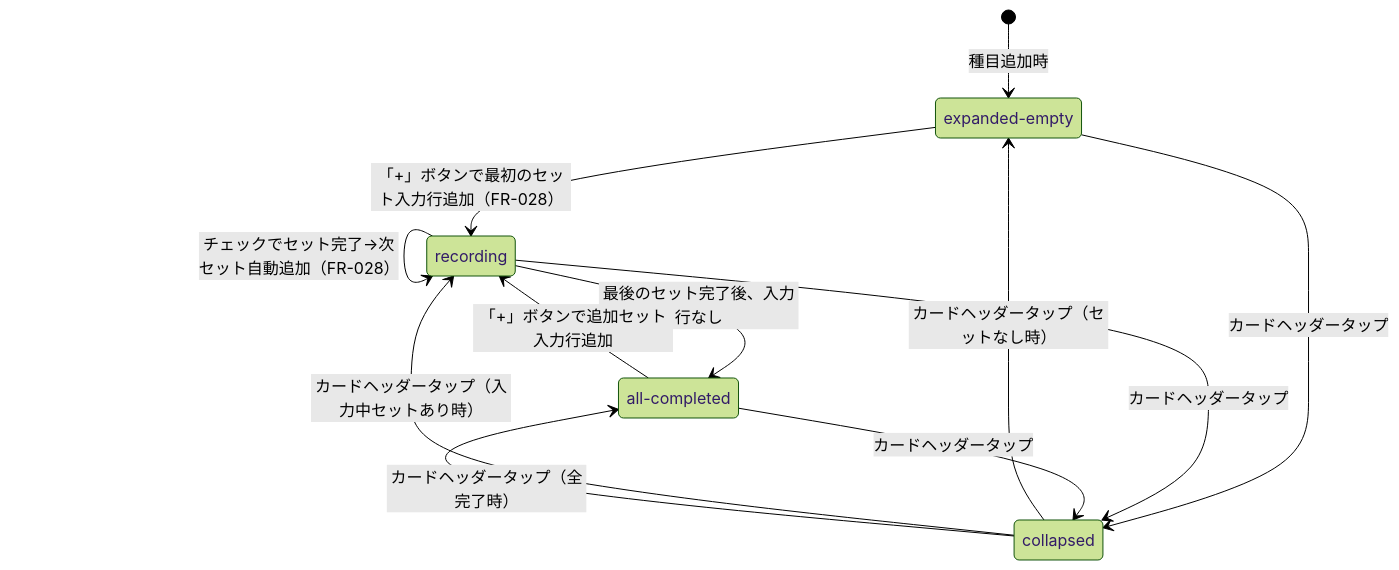
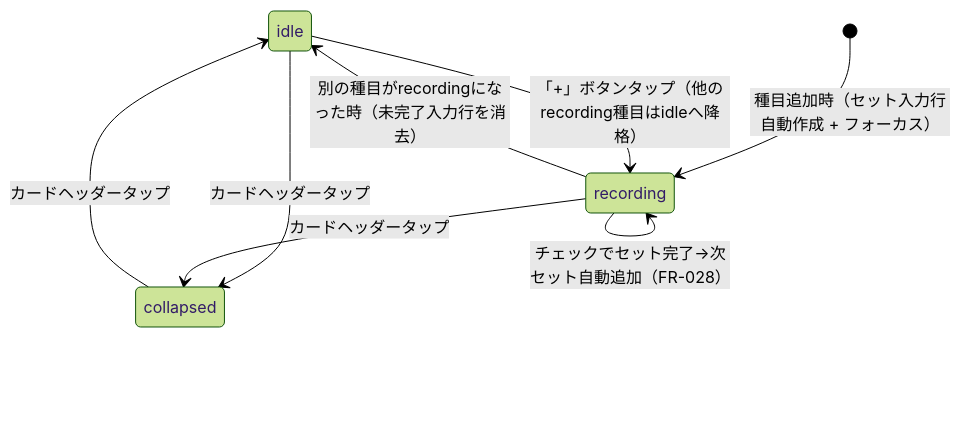
The second of 4 diagrams in .sdd/specification/workout/index_spec.md (SakumaTakuya/gymini), drawn with Mermaid (forest theme) before and after one commit. The commit also changed other lines of this file and 2 other files, not shown here.

First line of the commit message:
feat(prd/spec/design): 種目カード3状態モデル + セット入力行自動作成

````diff
--- a/.sdd/specification/workout/index_spec.md
+++ b/.sdd/specification/workout/index_spec.md
@@ -224,19 +227,14 @@
 ```mermaid
 stateDiagram-v2
-    state "expanded-empty" as ExpandedEmpty
+    state "idle" as Idle
     state "recording" as Recording
-    state "all-completed" as AllCompleted
     state "collapsed" as Collapsed
 
-    [*] --> ExpandedEmpty: 種目追加時
-    ExpandedEmpty --> Recording: 「+」ボタンで最初のセット入力行追加（FR-028）
+    [*] --> Recording: 種目追加時（セット入力行自動作成 + フォーカス）
     Recording --> Recording: チェックでセット完了→次セット自動追加（FR-028）
-    Recording --> AllCompleted: 最後のセット完了後、入力行なし
-    AllCompleted --> Recording: 「+」ボタンで追加セット入力行追加
-    ExpandedEmpty --> Collapsed: カードヘッダータップ
+    Recording --> Idle: 別の種目がrecordingになった時（未完了入力行を消去）
+    Idle --> Recording: 「+」ボタンタップ（他のrecording種目はidleへ降格）
+    Idle --> Collapsed: カードヘッダータップ
     Recording --> Collapsed: カードヘッダータップ
-    AllCompleted --> Collapsed: カードヘッダータップ
-    Collapsed --> ExpandedEmpty: カードヘッダータップ（セットなし時）
-    Collapsed --> Recording: カードヘッダータップ（入力中セットあり時）
-    Collapsed --> AllCompleted: カードヘッダータップ（全完了時）
+    Collapsed --> Idle: カードヘッダータップ
 ```
````
